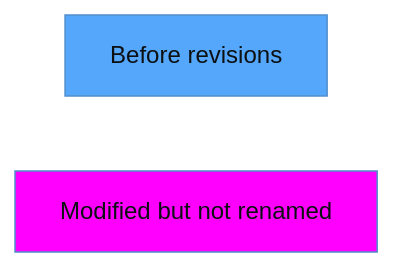
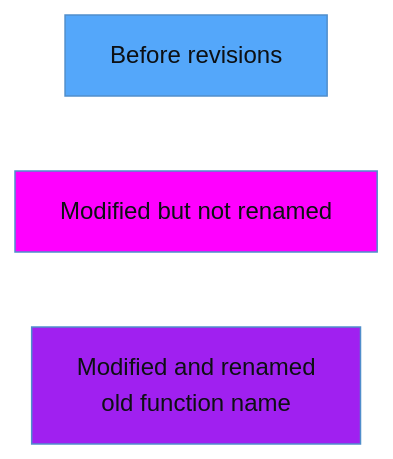
One commit to econia-labs/econia changed the first of 2 diagrams in src/move/econia/ignore/README.md. Above: the diagram before and after it, drawn with Mermaid. The commit also changed other lines of this file and 3 other files, not shown here.

````diff
--- a/src/move/econia/ignore/README.md
+++ b/src/move/econia/ignore/README.md
@@ -7,11 +7,14 @@
 ```mermaid
 
 %%{init: {'theme': 'base', 'themeVariables': {'primaryColor': '#54a7fa', 'lineColor': '#c4dcf1', 'primaryTextColor': '#0d1013', 'secondaryColor': '#c4dcf1'}}}%%
 
 flowchart LR
 
     id0[Before revisions]
 
     id1[Modified but not renamed]
     style id1 fill:#ff00ff
+
+    id2[Modified and renamed <br/> old function name]
+    style id2 fill:#a020f0
 ```
````
